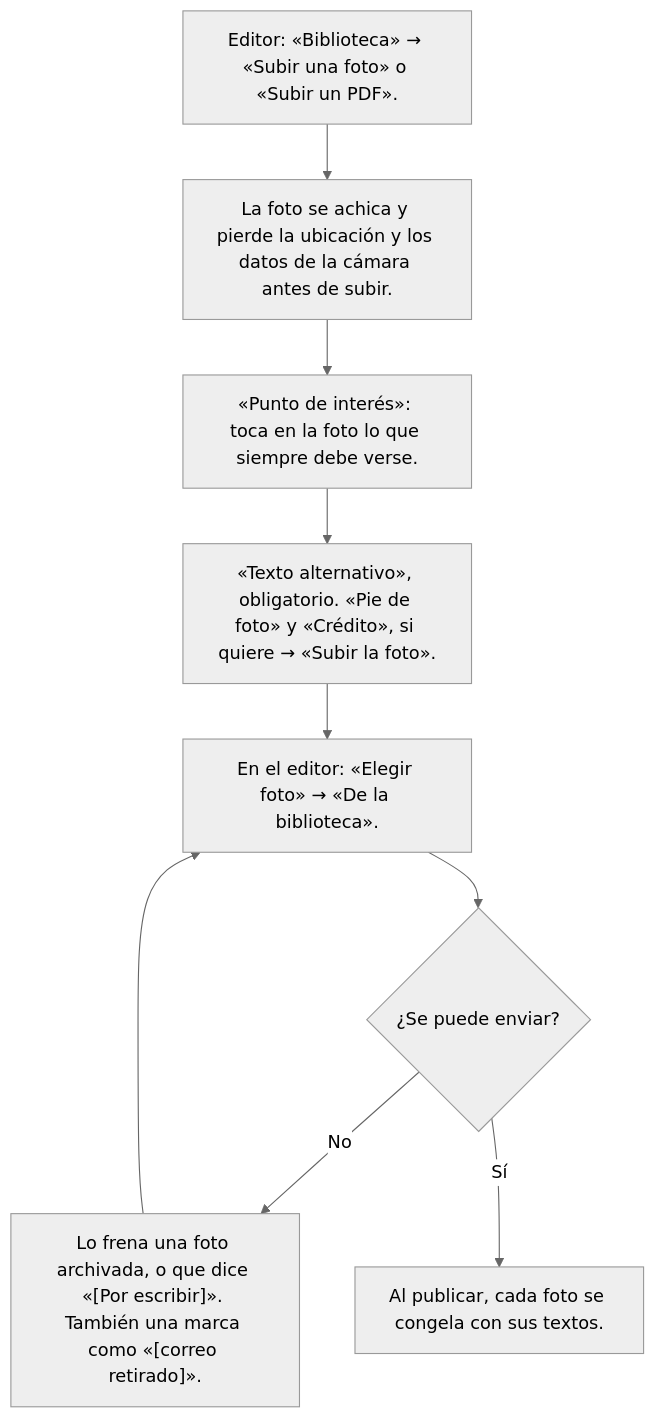
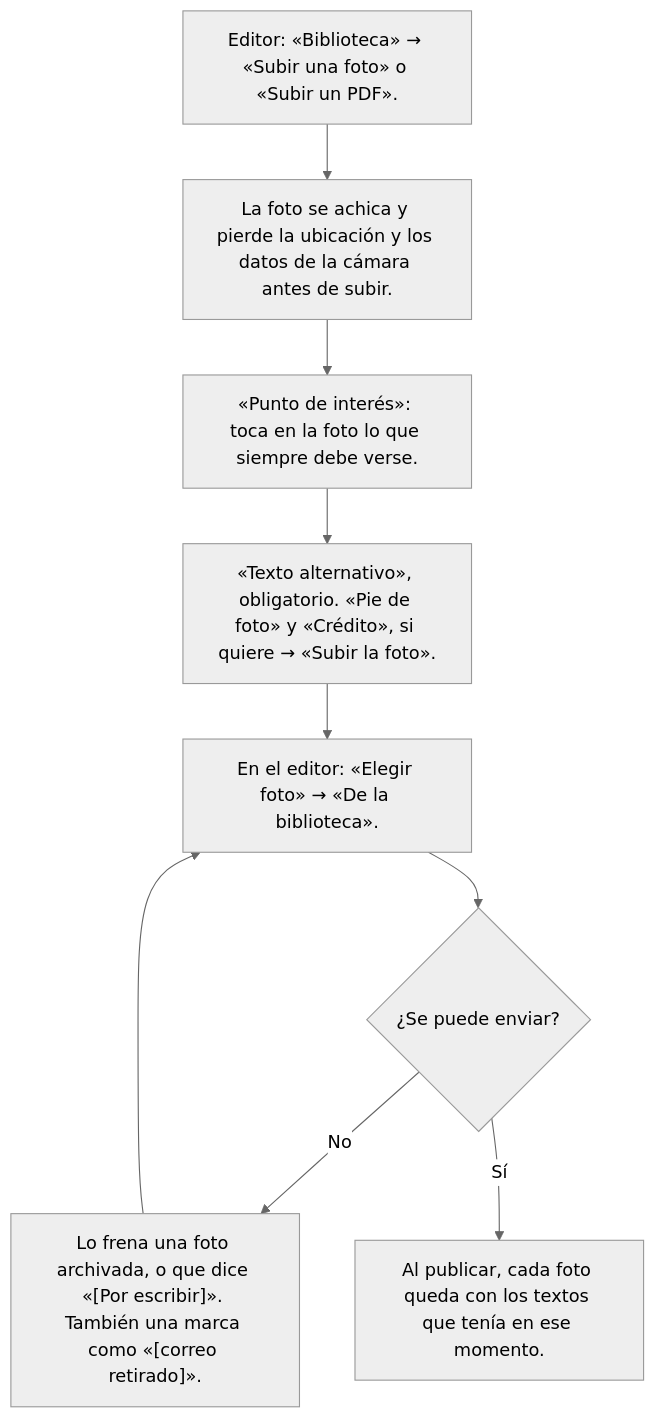
Before and after one commit to fbvenezuela/Gestionapp: diagram 15 of 18 in app-freddy-bernal/docs/FLUJOS-WEB.md, drawn with Mermaid (neutral theme). The commit also changed other lines of this file and 5 other files, not shown here.

````diff
--- a/app-freddy-bernal/docs/FLUJOS-WEB.md
+++ b/app-freddy-bernal/docs/FLUJOS-WEB.md
@@ -383,12 +383,12 @@
 ```mermaid
 flowchart TD
   foto_sube["Editor: «Biblioteca» → «Subir una foto» o «Subir un PDF»."]
   foto_sube --> foto_limpia["La foto se achica y pierde la ubicación y los datos de la cámara antes de subir."]
   foto_limpia --> foto_punto["«Punto de interés»: toca en la foto lo que siempre debe verse."]
   foto_punto --> foto_alt["«Texto alternativo», obligatorio. «Pie de foto» y «Crédito», si quiere → «Subir la foto»."]
   foto_alt --> foto_usa["En el editor: «Elegir foto» → «De la biblioteca»."]
   foto_usa --> foto_q{"¿Se puede enviar?"}
   foto_q -- No --> foto_frena["Lo frena una foto archivada, o que dice «[Por escribir]». También una marca como «[correo retirado]»."]
   foto_frena --> foto_usa
-  foto_q -- Sí --> foto_congela["Al publicar, cada foto se congela con sus textos."]
+  foto_q -- Sí --> foto_congela["Al publicar, cada foto queda con los textos que tenía en ese momento."]
 ```
````
